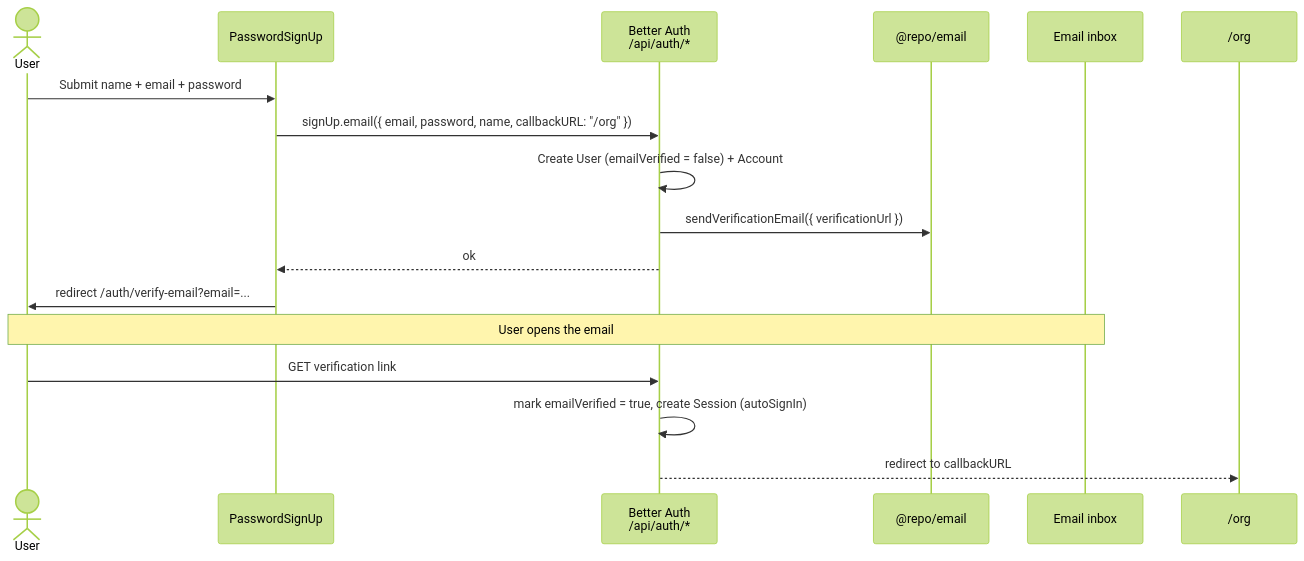
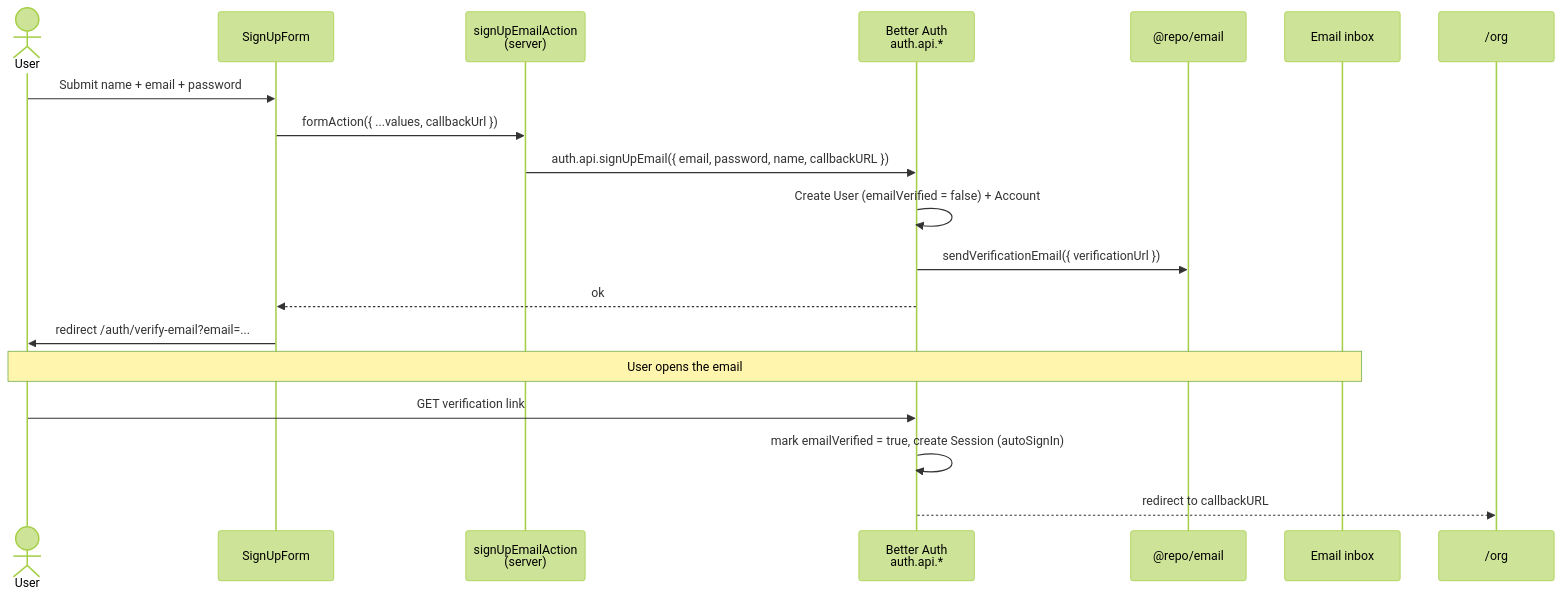
The diagram in apps/docs/content/docs/authentication/sign-up-and-verification.mdx (saasprokit-com/saasprokit), drawn with Mermaid (forest theme) before and after one commit. The commit also changed other lines of this file and 10 other files, not shown here.

````diff
--- a/apps/docs/content/docs/authentication/sign-up-and-verification.mdx
+++ b/apps/docs/content/docs/authentication/sign-up-and-verification.mdx
@@ -104,20 +97,22 @@
 ```mermaid
 sequenceDiagram
     actor User
-    participant Form as PasswordSignUp
-    participant BA as Better Auth<br/>/api/auth/*
+    participant Form as SignUpForm
+    participant Action as signUpEmailAction<br/>(server)
+    participant BA as Better Auth<br/>auth.api.*
     participant Email as @repo/email
     participant Verify as Email inbox
     participant Org as /org
 
     User->>Form: Submit name + email + password
-    Form->>BA: signUp.email({ email, password, name, callbackURL: "/org" })
+    Form->>Action: formAction({ ...values, callbackUrl })
+    Action->>BA: auth.api.signUpEmail({ email, password, name, callbackURL })
     BA->>BA: Create User (emailVerified = false) + Account
     BA->>Email: sendVerificationEmail({ verificationUrl })
     BA-->>Form: ok
     Form->>User: redirect /auth/verify-email?email=...
     Note over User,Verify: User opens the email
     User->>BA: GET verification link
     BA->>BA: mark emailVerified = true, create Session (autoSignIn)
     BA-->>Org: redirect to callbackURL
 ```
````
